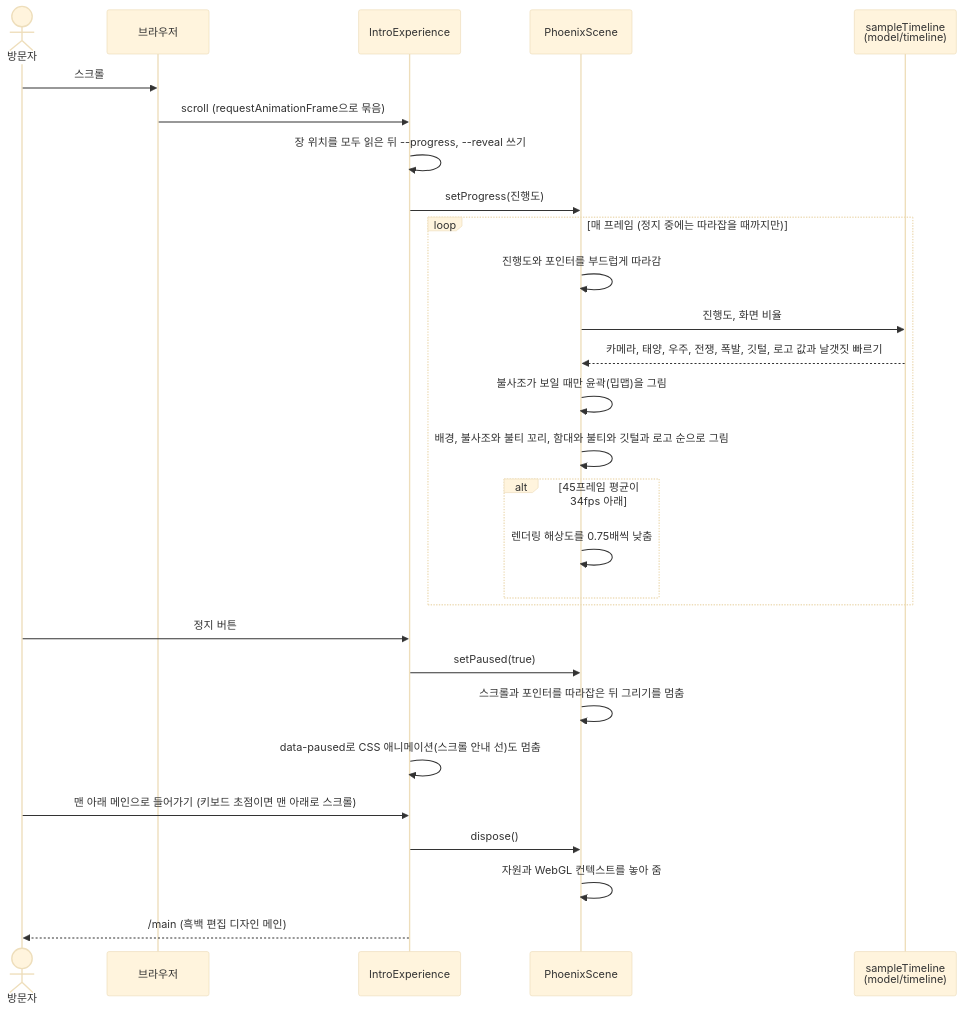
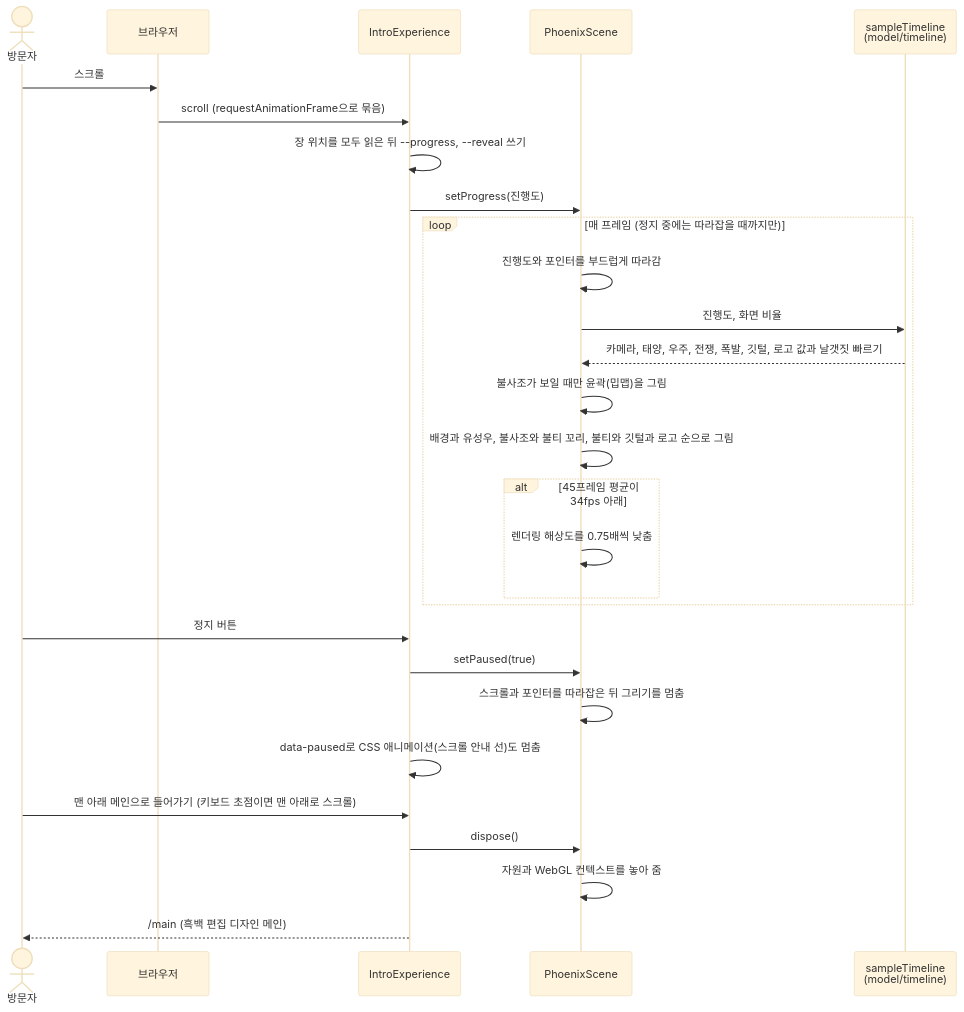
The second of 2 diagrams in docs/sequence-diagrams.md (ryushin01/Genesis), drawn with Mermaid (base theme) before and after one commit. The commit also changed 11 other files, not shown here.

````diff
--- a/docs/sequence-diagrams.md
+++ b/docs/sequence-diagrams.md
@@ -46,31 +46,31 @@
 ```mermaid
 sequenceDiagram
     actor 방문자
     participant 창 as 브라우저
     participant 인트로 as IntroExperience
     participant 장면 as PhoenixScene
     participant 타임라인 as sampleTimeline<br/>(model/timeline)
 
     방문자->>창: 스크롤
     창->>인트로: scroll (requestAnimationFrame으로 묶음)
     인트로->>인트로: 장 위치를 모두 읽은 뒤 --progress, --reveal 쓰기
     인트로->>장면: setProgress(진행도)
     loop 매 프레임 (정지 중에는 따라잡을 때까지만)
         장면->>장면: 진행도와 포인터를 부드럽게 따라감
         장면->>타임라인: 진행도, 화면 비율
         타임라인-->>장면: 카메라, 태양, 우주, 전쟁, 폭발, 깃털, 로고 값과 날갯짓 빠르기
         장면->>장면: 불사조가 보일 때만 윤곽(밉맵)을 그림
-        장면->>장면: 배경, 불사조와 불티 꼬리, 함대와 불티와 깃털과 로고 순으로 그림
+        장면->>장면: 배경과 유성우, 불사조와 불티 꼬리, 불티와 깃털과 로고 순으로 그림
         alt 45프레임 평균이 34fps 아래
             장면->>장면: 렌더링 해상도를 0.75배씩 낮춤
         end
     end
     방문자->>인트로: 정지 버튼
     인트로->>장면: setPaused(true)
     장면->>장면: 스크롤과 포인터를 따라잡은 뒤 그리기를 멈춤
     인트로->>인트로: data-paused로 CSS 애니메이션(스크롤 안내 선)도 멈춤
     방문자->>인트로: 맨 아래 메인으로 들어가기 (키보드 초점이면 맨 아래로 스크롤)
     인트로->>장면: dispose()
     장면->>장면: 자원과 WebGL 컨텍스트를 놓아 줌
     인트로-->>방문자: /main (흑백 편집 디자인 메인)
 ```
````
